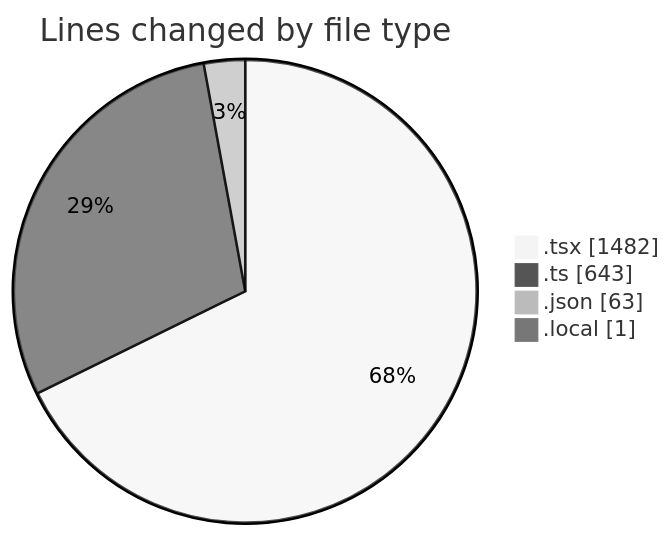
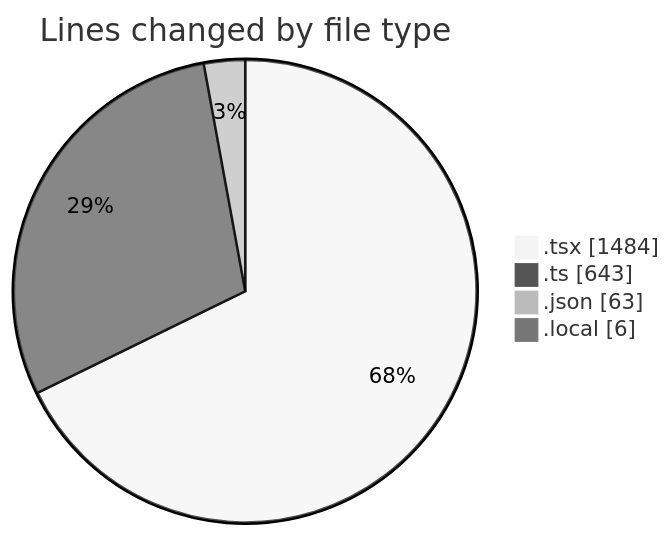
Before and after one commit to julien-gomy/code-tracking: the first of 2 diagrams in 2025-10-21/eventscop-frontend-guide__workspace_/README.md, drawn with Mermaid (neutral theme). The commit also changed other lines of this file and 1 other file, not shown here.

````diff
--- a/2025-10-21/eventscop-frontend-guide__workspace_/README.md
+++ b/2025-10-21/eventscop-frontend-guide__workspace_/README.md
@@ -44,8 +44,8 @@
 ```mermaid
 pie showData
 title Lines changed by file type
-".tsx" : 1482
+".tsx" : 1484
 ".ts" : 643
 ".json" : 63
-".local" : 1
+".local" : 6
 ```
````
